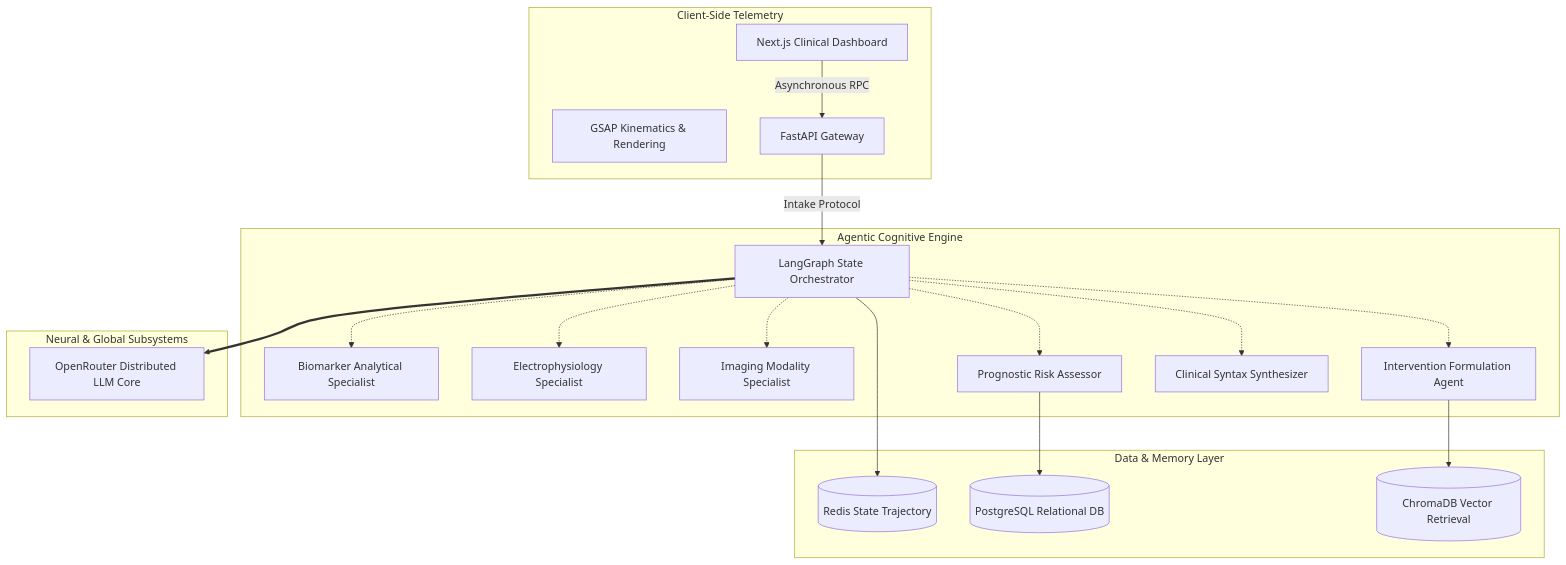
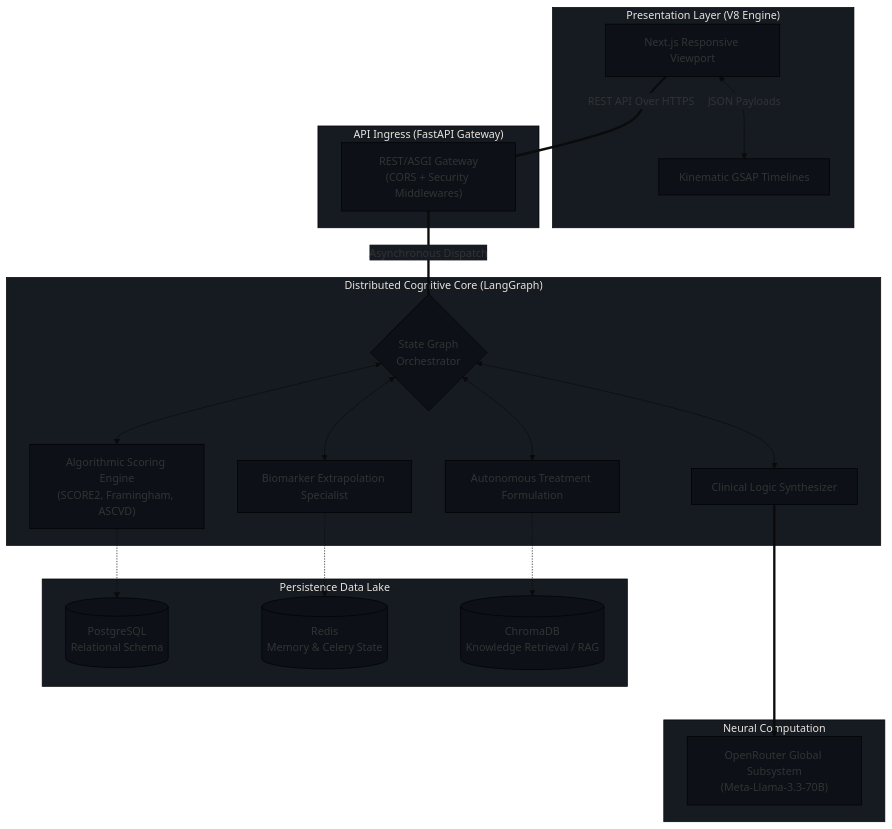
One commit to dhruvtalnewar01/Early-Coronary-Heart-Disease-Predictor changed the first of 2 diagrams in README.md. Above: the diagram before and after it, drawn with Mermaid. The commit also changed other lines of this file, not shown here.

````diff
--- a/README.md
+++ b/README.md
@@ -9,29 +26,46 @@
 ```mermaid
-graph TD;
-    subgraph Client [Client-Side Telemetry]
-        UI[Next.js Clinical Dashboard]
-        GSAP[GSAP Kinematics & Rendering]
-        UI -->|Asynchronous RPC| API[FastAPI Gateway]
+%%{init: {'theme': 'base', 'themeVariables': { 'primaryColor': '#0d1117', 'edgeLabelBackground':'#161b22', 'tertiaryColor': '#161b22', 'fontFamily': 'monospace'}}}%%
+graph TD
+    subgraph "Presentation Layer (V8 Engine)"
+        UI["Next.js Responsive Viewport"]
+        GSAP["Kinematic GSAP Timelines"]
+        UI <-->|JSON Payloads| GSAP
     end
 
-    subgraph Backend [Agentic Cognitive Engine]
-        API -->|Intake Protocol| ORCH[LangGraph State Orchestrator]
+    subgraph "API Ingress (FastAPI Gateway)"
+        Gateway["REST/ASGI Gateway\n(CORS + Security Middlewares)"]
+    end
+
+    subgraph "Distributed Cognitive Core (LangGraph)"
+        Orchestrator{"State Graph\nOrchestrator"}
         
-        ORCH -.-> Bio[Biomarker Analytical Specialist]
-        ORCH -.-> ECG[Electrophysiology Specialist]
-        ORCH -.-> IMG[Imaging Modality Specialist]
-        ORCH -.-> RSK[Prognostic Risk Assessor]
-        ORCH -.-> INT[Intervention Formulation Agent]
-        ORCH -.-> RPT[Clinical Syntax Synthesizer]
+        BioAgent["Biomarker Extrapolation Specialist"]
+        ScoreAgent["Algorithmic Scoring Engine\n(SCORE2, Framingham, ASCVD)"]
+        InterventionAgent["Autonomous Treatment Formulation"]
+        LogicSynth["Clinical Logic Synthesizer"]
+        
+        Orchestrator <--> BioAgent
+        Orchestrator <--> ScoreAgent
+        Orchestrator <--> InterventionAgent
+        Orchestrator <--> LogicSynth
     end
+
+    subgraph "Persistence Data Lake"
+        PG[(PostgreSQL\nRelational Schema)]
+        Redis[(Redis\nMemory & Celery State)]
+        Chroma[(ChromaDB\nKnowledge Retrieval / RAG)]
+    end
+
+    subgraph "Neural Computation"
+        LLM["OpenRouter Global Subsystem\n(Meta-Llama-3.3-70B)"]
+    end
+
+    UI ===|REST API Over HTTPS| Gateway
+    Gateway ===|Asynchronous Dispatch| Orchestrator
     
-    subgraph Persistence [Data & Memory Layer]
-        ORCH --> Redis[(Redis State Trajectory)]
-        RSK --> PG[(PostgreSQL Relational DB)]
-        INT --> Chroma[(ChromaDB Vector Retrieval)]
-    end
+    BioAgent -.-> Redis
+    ScoreAgent -.-> PG
+    InterventionAgent -.-> Chroma
     
-    subgraph LLM [Neural & Global Subsystems]
-        ORCH ==> OpenRouter[OpenRouter Distributed LLM Core]
-    end
+    LogicSynth ===> LLM
 ```
````
